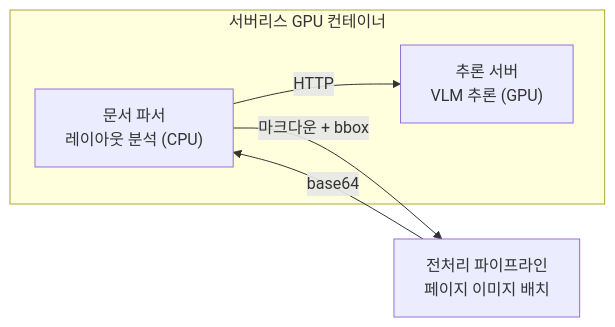
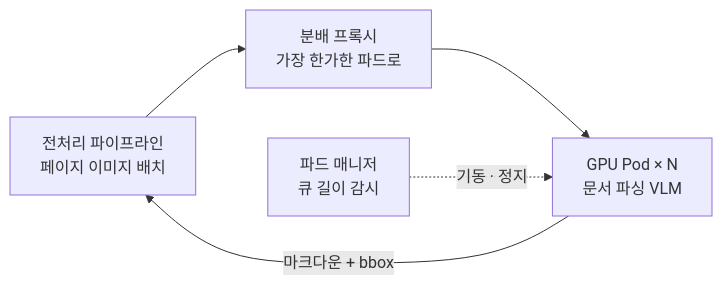
The second of 2 diagrams in data/content/notes/bonda-pdf-pipeline.md (genie49/genie-cv), drawn with Mermaid before and after one commit. The commit also changed other lines of this file and 11 other files, not shown here.

First line of the commit message:
refactor: 본다 OCR 서빙 구조 변경 반영 (문서 파싱 VLM + GPU 파드)

````diff
--- a/data/content/notes/bonda-pdf-pipeline.md
+++ b/data/content/notes/bonda-pdf-pipeline.md
@@ -56,8 +58,7 @@
 ```mermaid
 flowchart LR
-    subgraph "서버리스 GPU 컨테이너"
-        Paddle["문서 파서<br/>레이아웃 분석 (CPU)"] -->|HTTP| vLLM["추론 서버<br/>VLM 추론 (GPU)"]
-    end
-    Pipeline["전처리 파이프라인<br/>페이지 이미지 배치"] -->|base64| Paddle
-    Paddle -->|마크다운 + bbox| Pipeline
+    Pipeline["전처리 파이프라인<br/>페이지 이미지 배치"] --> LB["분배 프록시<br/>가장 한가한 파드로"]
+    LB --> Pod["GPU Pod × N<br/>문서 파싱 VLM"]
+    Pod -->|마크다운 + bbox| Pipeline
+    Mgr["파드 매니저<br/>큐 길이 감시"] -.->|기동 · 정지| Pod
 ```
````
